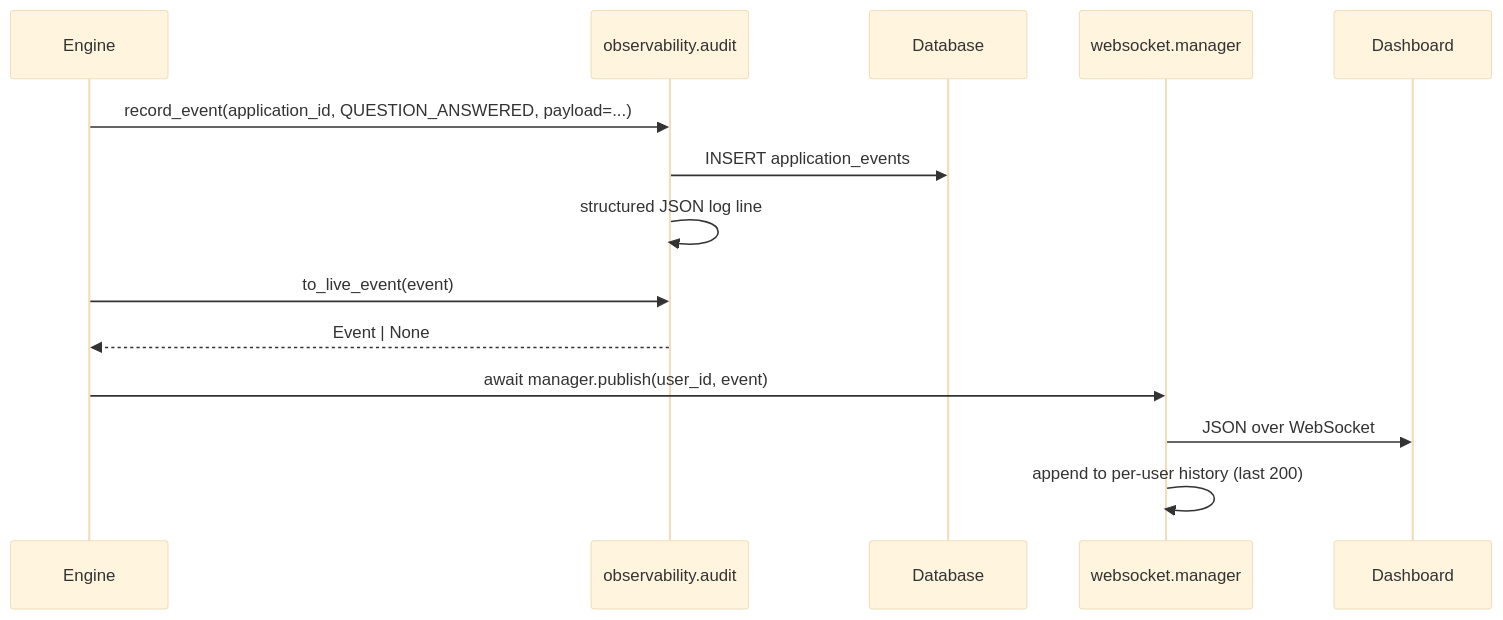
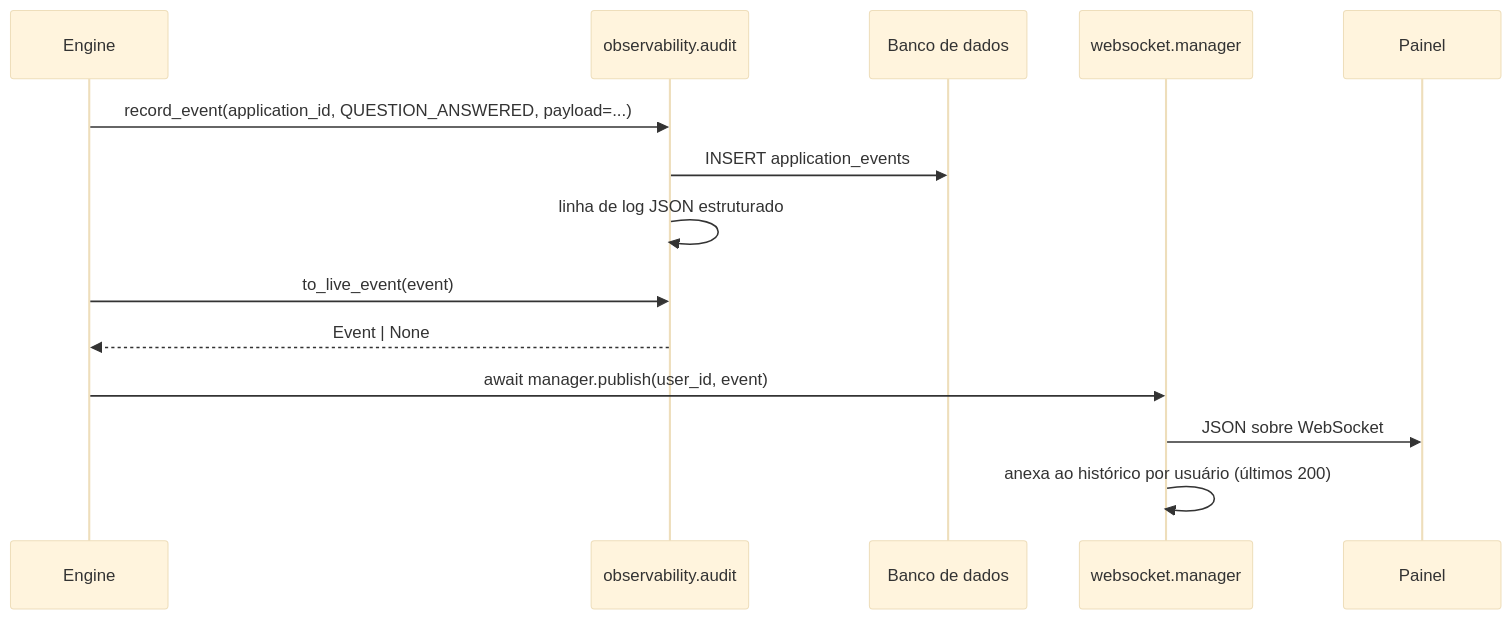
Before and after one commit to joaovictorgcu/smart-job-apply: the third of 3 diagrams in docs/architecture.md, drawn with Mermaid (base theme). The commit also changed other lines of this file and 6 other files, not shown here.

````diff
--- a/docs/architecture.md
+++ b/docs/architecture.md
@@ -124,17 +124,17 @@
 ```mermaid
 sequenceDiagram
     participant E as Engine
     participant A as observability.audit
-    participant DB as Database
+    participant DB as Banco de dados
     participant M as websocket.manager
-    participant UI as Dashboard
+    participant UI as Painel
 
     E->>A: record_event(application_id, QUESTION_ANSWERED, payload=...)
     A->>DB: INSERT application_events
-    A->>A: structured JSON log line
+    A->>A: linha de log JSON estruturado
     E->>A: to_live_event(event)
     A-->>E: Event | None
     E->>M: await manager.publish(user_id, event)
-    M->>UI: JSON over WebSocket
-    M->>M: append to per-user history (last 200)
+    M->>UI: JSON sobre WebSocket
+    M->>M: anexa ao histórico por usuário (últimos 200)
 ```
````
